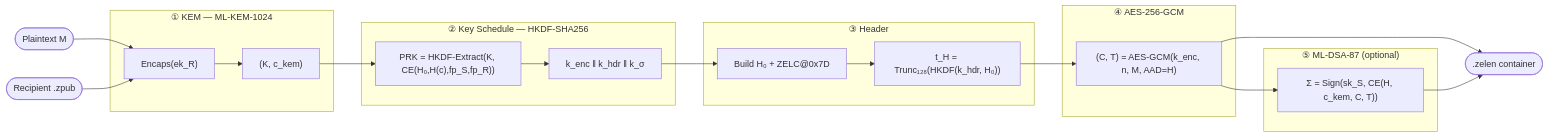
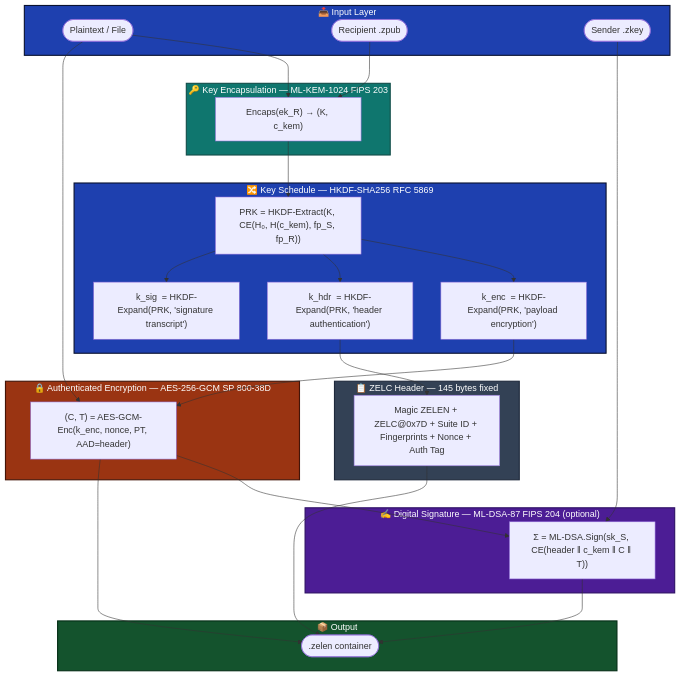
Before and after one commit to rocheston/zelen: diagram 12 of 24 in README.md, drawn with Mermaid. The commit also changed other lines of this file, not shown here.

````diff
--- a/README.md
+++ b/README.md
@@ -204,30 +621,62 @@
 ```mermaid
-flowchart LR
-    A([Plaintext M]) --> B
-    PK([Recipient .zpub]) --> B
-
-    subgraph KEM ["① KEM — ML-KEM-1024"]
-        B["Encaps(ek_R)"] --> C["(K, c_kem)"]
+graph TB
+    subgraph INPUT["📥 Input Layer"]
+        PT([Plaintext / File])
+        PK([Recipient .zpub])
+        SK([Sender .zkey])
     end
 
-    subgraph KS ["② Key Schedule — HKDF-SHA256"]
-        C --> D["PRK = HKDF-Extract(K, CE(H₀,H(c),fp_S,fp_R))"]
-        D --> E["k_enc ‖ k_hdr ‖ k_σ"]
+    subgraph KEM["🔑 Key Encapsulation — ML-KEM-1024  FIPS 203"]
+        E["Encaps(ek_R) → (K, c_kem)"]
     end
 
-    subgraph HDR ["③ Header"]
-        E --> F["Build H₀ + ZELC@0x7D"]
-        F --> G["t_H = Trunc₁₂₈(HKDF(k_hdr, H₀))"]
+    subgraph KDF["🔀 Key Schedule — HKDF-SHA256  RFC 5869"]
+        H["PRK = HKDF-Extract(K, CE(H₀, H(c_kem), fp_S, fp_R))"]
+        K1["k_enc  = HKDF-Expand(PRK, 'payload encryption')"]
+        K2["k_hdr  = HKDF-Expand(PRK, 'header authentication')"]
+        K3["k_sig  = HKDF-Expand(PRK, 'signature transcript')"]
     end
 
-    subgraph AEAD ["④ AES-256-GCM"]
-        G --> H["(C, T) = AES-GCM(k_enc, n, M, AAD=H)"]
+    subgraph AEAD["🔒 Authenticated Encryption — AES-256-GCM  SP 800-38D"]
+        G["(C, T) = AES-GCM-Enc(k_enc, nonce, PT, AAD=header)"]
     end
 
-    subgraph SIG ["⑤ ML-DSA-87 (optional)"]
-        H --> I["Σ = Sign(sk_S, CE(H, c_kem, C, T))"]
+    subgraph SIG["✍️ Digital Signature — ML-DSA-87  FIPS 204 (optional)"]
+        D["Σ = ML-DSA.Sign(sk_S, CE(header ‖ c_kem ‖ C ‖ T))"]
     end
 
-    H --> J([".zelen container"])
-    I --> J
+    subgraph HDR["📋 ZELC Header — 145 bytes fixed"]
+        Z["Magic ZELEN + ZELC@0x7D + Suite ID + Fingerprints + Nonce + Auth Tag"]
+    end
+
+    subgraph OUT["📦 Output"]
+        ZC([".zelen container"])
+    end
+
+    PT --> E
+    PK --> E
+    SK --> D
+    E --> H
+    H --> K1 & K2 & K3
+    K1 --> G
+    K2 --> Z
+    PT --> G
+    G --> D
+    G --> ZC
+    D --> ZC
+    Z --> ZC
+
+    classDef teal   fill:#0f766e,color:#fff,stroke:#134e4a,stroke-width:2px
+    classDef blue   fill:#1e40af,color:#fff,stroke:#0a1230,stroke-width:2px
+    classDef orange fill:#9a3412,color:#fff,stroke:#431407,stroke-width:2px
+    classDef violet fill:#4c1d95,color:#fff,stroke:#2e1065,stroke-width:2px
+    classDef slate  fill:#334155,color:#fff,stroke:#1e293b,stroke-width:2px
+    classDef green  fill:#14532d,color:#fff,stroke:#052e16,stroke-width:2px
+    class INPUT blue
+    class KEM teal
+    class KDF blue
+    class AEAD orange
+    class SIG violet
+    class HDR slate
+    class OUT green
 ```
````
